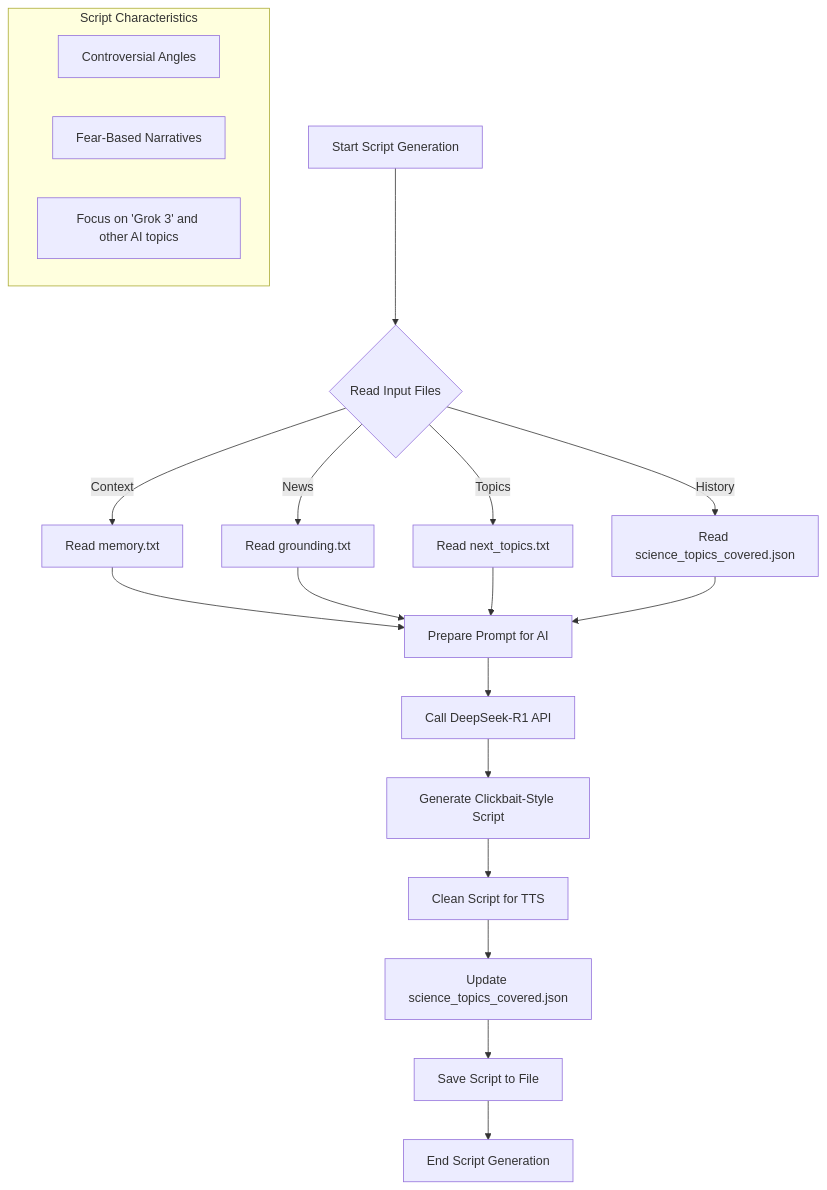
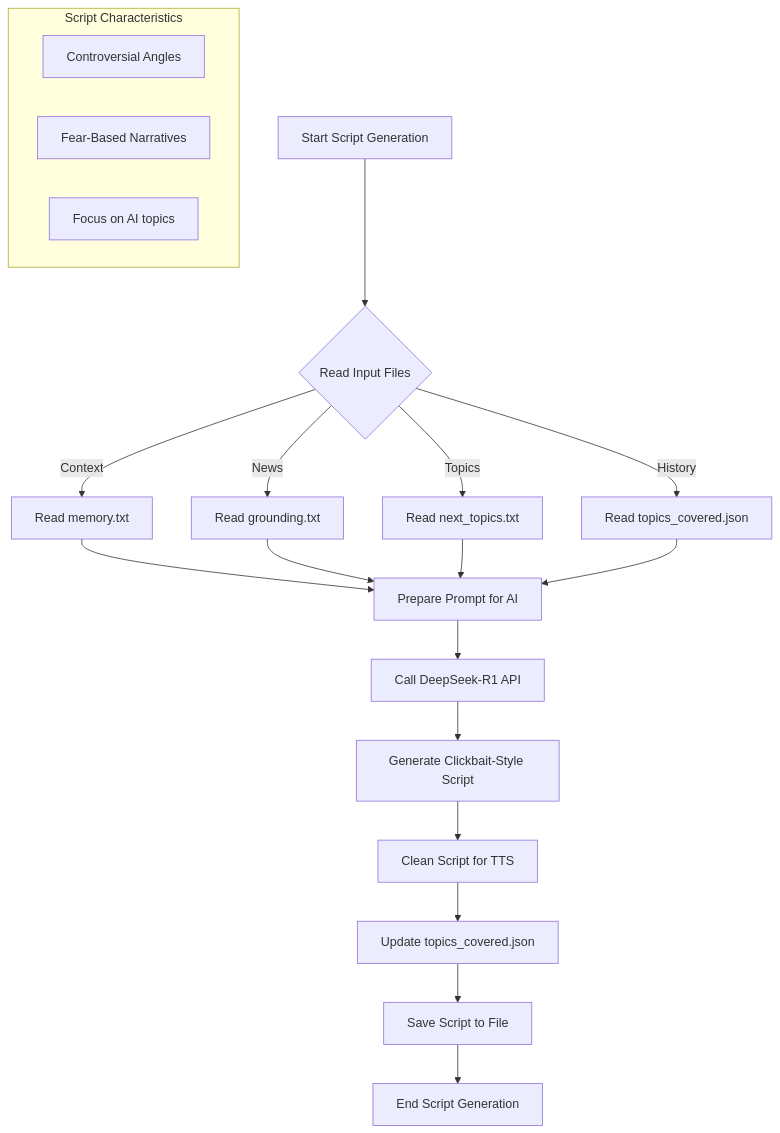
Before and after one commit to erendevrimci/videoai: the diagram in mermaid/script-generation-flow.mermaid, drawn with Mermaid. The commit also changed 49 other files, not shown here.

````diff
--- a/mermaid/script-generation-flow.mermaid
+++ b/mermaid/script-generation-flow.mermaid
@@ -1,22 +1,20 @@
-```mermaid
 flowchart TD
     A[Start Script Generation] --> B{Read Input Files}
     B -->|Context| C[Read memory.txt]
     B -->|News| D[Read grounding.txt]
     B -->|Topics| E[Read next_topics.txt]
-    B -->|History| F[Read science_topics_covered.json]
+    B -->|History| F[Read topics_covered.json]
     
     C & D & E & F --> G[Prepare Prompt for AI]
     G --> H[Call DeepSeek-R1 API]
     H --> I[Generate Clickbait-Style Script]
     I --> J[Clean Script for TTS]
-    J --> K[Update science_topics_covered.json]
+    J --> K[Update topics_covered.json]
     K --> L[Save Script to File]
     L --> M[End Script Generation]
     
     subgraph "Script Characteristics"
         I1[Controversial Angles]
         I2[Fear-Based Narratives]
-        I3[Focus on 'Grok 3' and other AI topics]
+        I3[Focus on AI topics]
     end
-```
````
